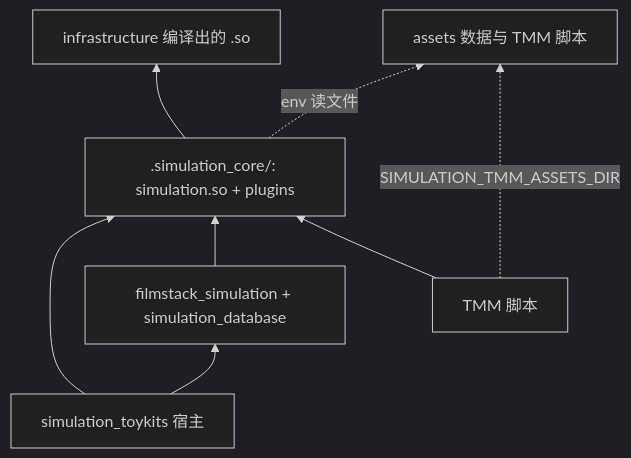
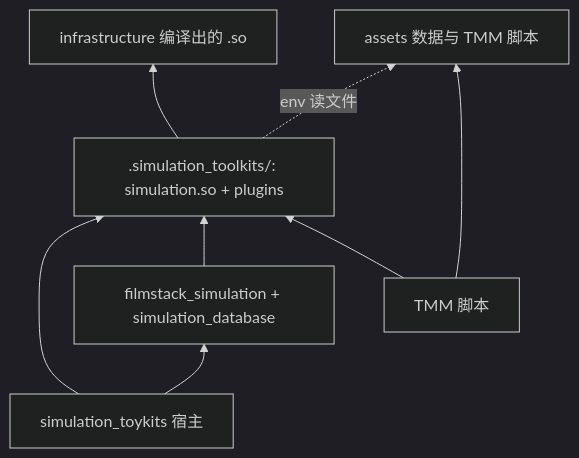
One commit to likooooo/simulation_toykits changed the third of 4 diagrams in scripts/simulation_toykits_deploy.md. Above: the diagram before and after it, drawn with Mermaid (dark theme). The commit also changed other lines of this file and 66 other files, not shown here.

````diff
--- a/scripts/simulation_toykits_deploy.md
+++ b/scripts/simulation_toykits_deploy.md
@@ -84,17 +84,17 @@
 ```mermaid
 flowchart BT
   Host[simulation_toykits 宿主]
   Portable[filmstack_simulation + simulation_database]
-  Runtime[".simulation_core/: simulation.so + plugins"]
+  Runtime[".simulation_toolkits/: simulation.so + plugins"]
   Infra[infrastructure 编译出的 .so]
   Assets[assets 数据与 TMM 脚本]
   TMM[TMM 脚本]
 
   Host --> Portable
   Host --> Runtime
   Portable --> Runtime
   TMM --> Runtime
   Runtime --> Infra
   Runtime -.->|env 读文件| Assets
-  TMM -.->|SIMULATION_TMM_ASSETS_DIR| Assets
+  TMM --> Assets
 ```
````
